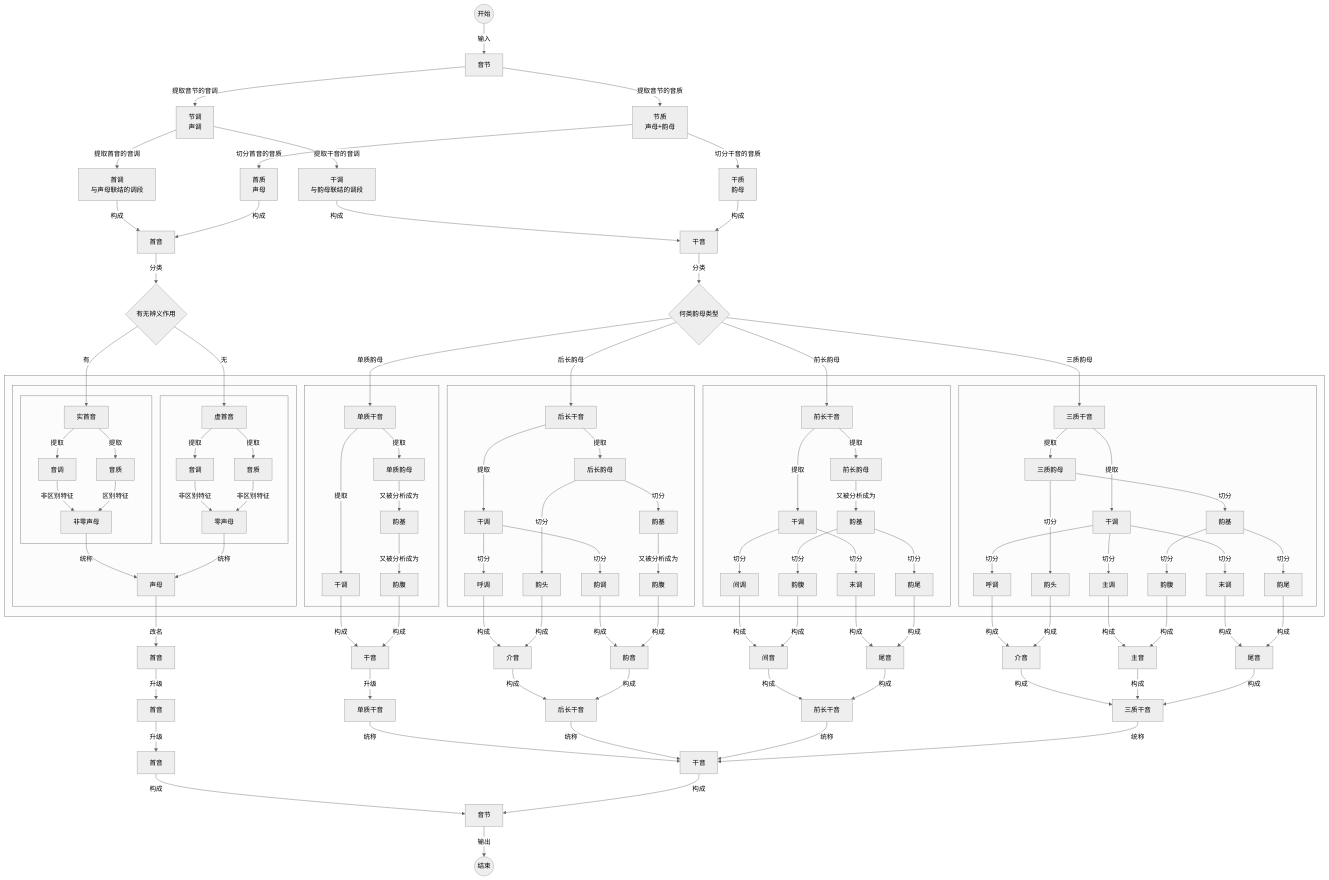
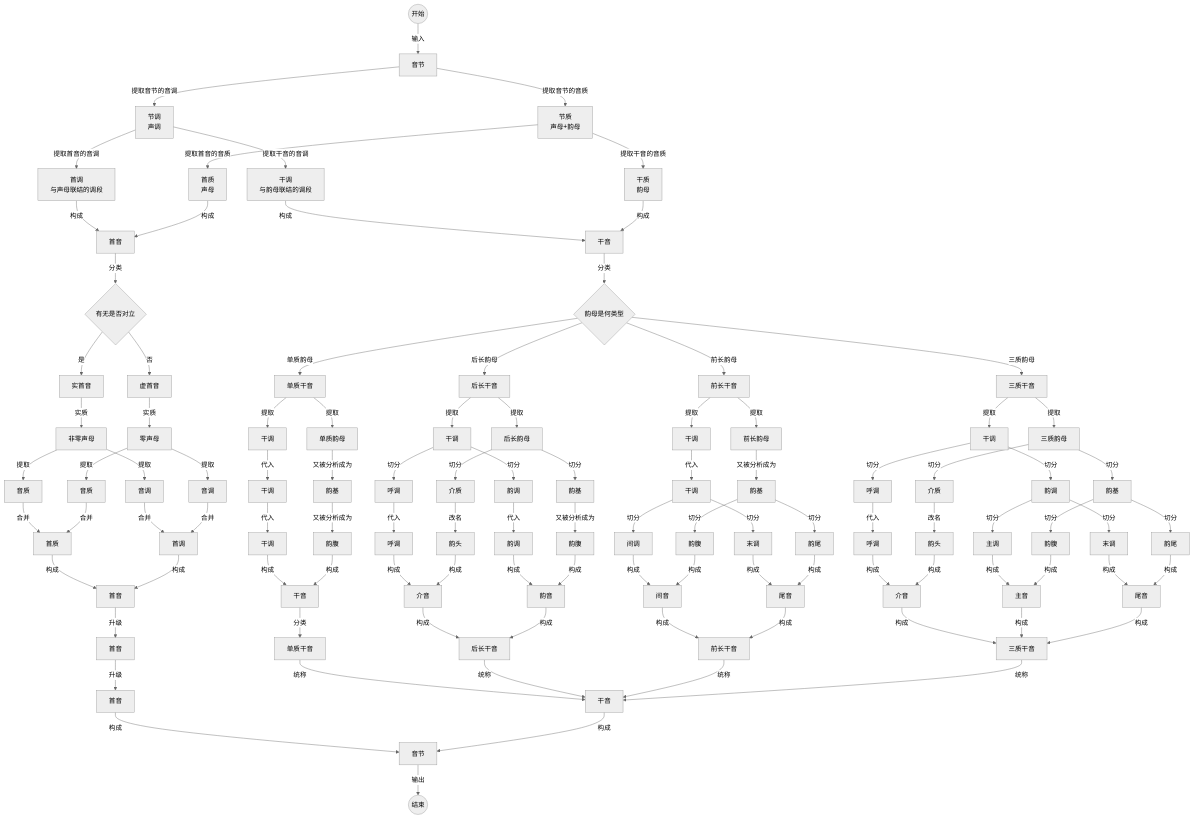
The diagram in YIME_Theory/flowchart/唱音分析流程.mmd (tsaanghwang/Yime-prototype), drawn with Mermaid (neutral theme) before and after one commit. The commit also changed 3 other files, not shown here.

```diff
--- a/YIME_Theory/flowchart/唱音分析流程.mmd
+++ b/YIME_Theory/flowchart/唱音分析流程.mmd
@@ -1,129 +1,121 @@
 graph TB
     Start((开始)) --> |输入|A[音节]
-        A --> |提取音节的音调|A1[节调<br>声调]
-        A --> |提取音节的音质|A2[节质<br>声母+韵母]
+        A --> |提取音节的音调|B[节调<br>声调]
+        A --> |提取音节的音质|C[节质<br>声母+韵母]
 
-        A1 --> |提取首音的音调|D1[首调<br>与声母联结的调段]
-        A1 --> |提取干音的音调|D2[干调<br>与韵母联结的调段]
-        A2 --> |切分首音的音质|C1[首质<br>声母]
-        A2 --> |切分干音的音质|C2[干质<br>韵母]
+        B --> |提取首音的音调|D1[首调<br>与声母联结的调段]
+        B --> |提取干音的音调|D2[干调<br>与韵母联结的调段]
+        C --> |提取首音的音质|C1[首质<br>声母]
+        C --> |提取干音的音质|C2[干质<br>韵母]
 
         D1 --> |构成|F[首音]
         C1 --> |构成|F
         D2 --> |构成|G[干音]
         C2 --> |构成|G
 
-        F --> |分类|F0{有无辨义作用}
-        F0 --> |有|F1[实首音]
-        F0 --> |无|F2[虚首音]
-        G --> |分类|G0{何类韵母类型}
-        G0 --> |三质韵母|G1[三质干音]
-        G0 --> |前长韵母|G2[前长干音]
-        G0 --> |后长韵母|G3[后长干音]
-        G0 --> |单质韵母|G4[单质干音]
+        F --> |分类|F0{有无是否对立}
+        F0 --> |是|F1[实首音]
+        F0 --> |否|F2[虚首音]
 
-    subgraph 分析首音和干音[" "]
+        G --> |分类|G0{韵母是何类型}
+        G0 --> |单质韵母|G1[单质干音]
+        G0 --> |后长韵母|G2[后长干音]
+        G0 --> |前长韵母|G3[前长干音]
+        G0 --> |三质韵母|G4[三质干音]
 
-        subgraph 首音分析[" "]
-            subgraph 实首音[" "]
-                F1 --> |提取| H0[音调]
-                F1 --> |提取| H1[音质]
-                H0 --> |非区别特征| H4
-                H1 --> |区别特征| H4[非零声母]
-            end
-            subgraph 虚首音[" "]
-                F2 --> |提取| H2[音调]
-                F2 --> |提取| H3[音质]
-                H2 --> |非区别特征| H5
-                H3 --> |非区别特征| H5[零声母]
-            end
-            H4 --> |统称|H6[声母]
-            H5 --> |统称|H6
-        end
+        F1 --> |实质| H1[非零声母]
+        F2 --> |实质| H2[零声母]
+        H1 --> |提取| H3[音调]
+        H1 --> |提取| H4[音质]
+        H2 --> |提取| H5[音调]
+        H2 --> |提取| H6[音质]
+        H3 --> |合并| H7
+        H5 --> |合并| H7[首调]
+        H4 --> |合并| H8
+        H6 --> |合并| H8[首质]
+        H8 --> |构成|H9
+        H7 --> |构成|H9[首音]
 
-        subgraph 单质[" "]
-        G4 --> |提取|J1[干调]
-        G4 --> |提取|J2[单质韵母]
-        J2 --> |又被分析成为|J3[韵基]
-        J3 --> |又被分析成为|J4[韵腹]
-        end
+        G1 --> |提取|J0[干调]
+        G1 --> |提取|J3[单质韵母]
+        J0 --> |代入|J1[干调]
+        J3 --> |又被分析成为|J4[韵基]
+        J1 --> |代入|J2[干调]
+        J4 --> |又被分析成为|J5[韵腹]
 
-        subgraph 后长[" "]
-        G3 --> |提取|K1[干调]
-        G3 --> |提取|K2[后长韵母]
-        K1 --> |切分|K6[呼调]
-        K1 --> |切分|K7[韵调]
-        K2 --> |切分|K3[韵头]
-        K2 --> |切分|K4[韵基]
-        K4 --> |又被分析成为|K5[韵腹]
-        end
+        G2 --> |提取|K0[干调]
+        K0 --> |切分|K1[呼调]
+        K0 --> |切分|K2[韵调]
+        G2 --> |提取|K3[后长韵母]
+        K1 --> |代入|K7[呼调]
+        K2 --> |代入|K8[韵调]
+        K3 --> |切分|K9[介质]
+        K3 --> |切分|K5[韵基]
+        K9 --> |改名|K4[韵头]
+        K5 --> |又被分析成为|K6[韵腹]
 
-        subgraph 前长[" "]
-        G2 --> |提取|L0[干调]
-        G2 --> |提取|L3[前长韵母]
-        L0 --> |切分|L1[间调]
-        L0 --> |切分|L2[末调]
-        L3 --> |又被分析成为|L4[韵基]
-        L4 --> |切分|L5[韵腹]
-        L4 --> |切分|L6[韵尾]
-        end
+        G3 --> |提取|L0[干调]
+        G3 --> |提取|L4[前长韵母]
+        L0 --> |代入|L1[干调]
+        L1 --> |切分|L2[间调]
+        L1 --> |切分|L3[末调]
+        L4 --> |又被分析成为|L5[韵基]
+        L5 --> |切分|L6[韵腹]
+        L5 --> |切分|L7[韵尾]
 
-        subgraph 三质[" "]
-        G1 --> |提取|M0[干调]
-        G1 --> |提取|M1[三质韵母]
-        M1 --> |切分|M2[韵头]
-        M1 --> |切分|M3[韵基]
-        M3 --> |切分|M4[韵腹]
-        M3 --> |切分|M5[韵尾]
-        M0 --> |切分|M6[呼调]
-        M0 --> |切分|M7[主调]
-        M0 --> |切分|M8[末调]
-        end
-    end
+        G4 --> |提取|M0[干调]
+        M0 --> |切分|M01[呼调]
+        M0 --> |切分|M02[韵调]
+        M01 --> |代入|M1[呼调]
+        M02 --> |切分|M2[主调]
+        M02 --> |切分|M3[末调]
+        G4 --> |提取|M4[三质韵母]
+        M4 --> |切分|M5[介质]
+        M4 --> |切分|M6[韵基]
+        M5 --> |改名|M7[韵头]
+        M6 --> |切分|M8[韵腹]
+        M6 --> |切分|M9[韵尾]
 
-    H6 --> |改名|H7[首音]
+        J2 --> |构成|N1[干音]
+        J5 --> |构成|N1
 
-    J1 --> |构成|N1[干音]
-    J4 --> |构成|N1
+        K7 --> |构成|O1[介音]
+        K4 --> |构成|O1
+        K8 --> |构成|O2[韵音]
+        K6 --> |构成|O2
 
-    K6 --> |构成|O1[介音]
-    K3 --> |构成|O1
-    K7 --> |构成|O2[韵音]
-    K5 --> |构成|O2
+        L2 --> |构成|P1[间音]
+        L6 --> |构成|P1
+        L3 --> |构成|P2[尾音]
+        L7 --> |构成|P2
 
-    L1 --> |构成|P1[间音]
-    L5 --> |构成|P1
-    L2 --> |构成|P2[尾音]
-    L6 --> |构成|P2
+        M1 --> |构成|Q1[介音]
+        M7 --> |构成|Q1
+        M2 --> |构成|Q2[主音]
+        M8 --> |构成|Q2
+        M3 --> |构成|Q3[尾音]
+        M9 --> |构成|Q3
 
-    M6 --> |构成|Q1[介音]
-    M2 --> |构成|Q1
-    M7 --> |构成|Q2[主音]
-    M4 --> |构成|Q2
-    M8 --> |构成|Q3[尾音]
-    M5 --> |构成|Q3
+        H9 --> |升级|R0[首音]
+        R0 --> |升级|R1[首音]
 
-    H7 --> |升级|R0[首音]
-    R0 --> |升级|R1[首音]
+        N1 --> |分类|R2[单质干音]
 
-    N1 --> |升级|R2[单质干音]
+        O1 --> |构成|R3
+        O2 --> |构成|R3[后长干音]
 
-    O1 --> |构成|R3
-    O2 --> |构成|R3[后长干音]
+        P1 --> |构成|R4
+        P2 --> |构成|R4[前长干音]
 
-    P1 --> |构成|R4
-    P2 --> |构成|R4[前长干音]
+        Q1 --> |构成|R5
+        Q2 --> |构成|R5
+        Q3 --> |构成|R5[三质干音]
 
-    Q1 --> |构成|R5
-    Q2 --> |构成|R5
-    Q3 --> |构成|R5[三质干音]
+        R2  --> |统称|R6[干音]
+        R3  --> |统称|R6
+        R4  --> |统称|R6
+        R5  --> |统称|R6
 
-    R2  --> |统称|R6[干音]
-    R3  --> |统称|R6
-    R4  --> |统称|R6
-    R5  --> |统称|R6
-
-
-    R1 --> |构成|S
-    R6 --> |构成|S[音节]
-S --> |输出|End((结束))
+        R1 --> |构成|S
+        R6 --> |构成|S[音节]
+    S --> |输出|End((结束))
```
